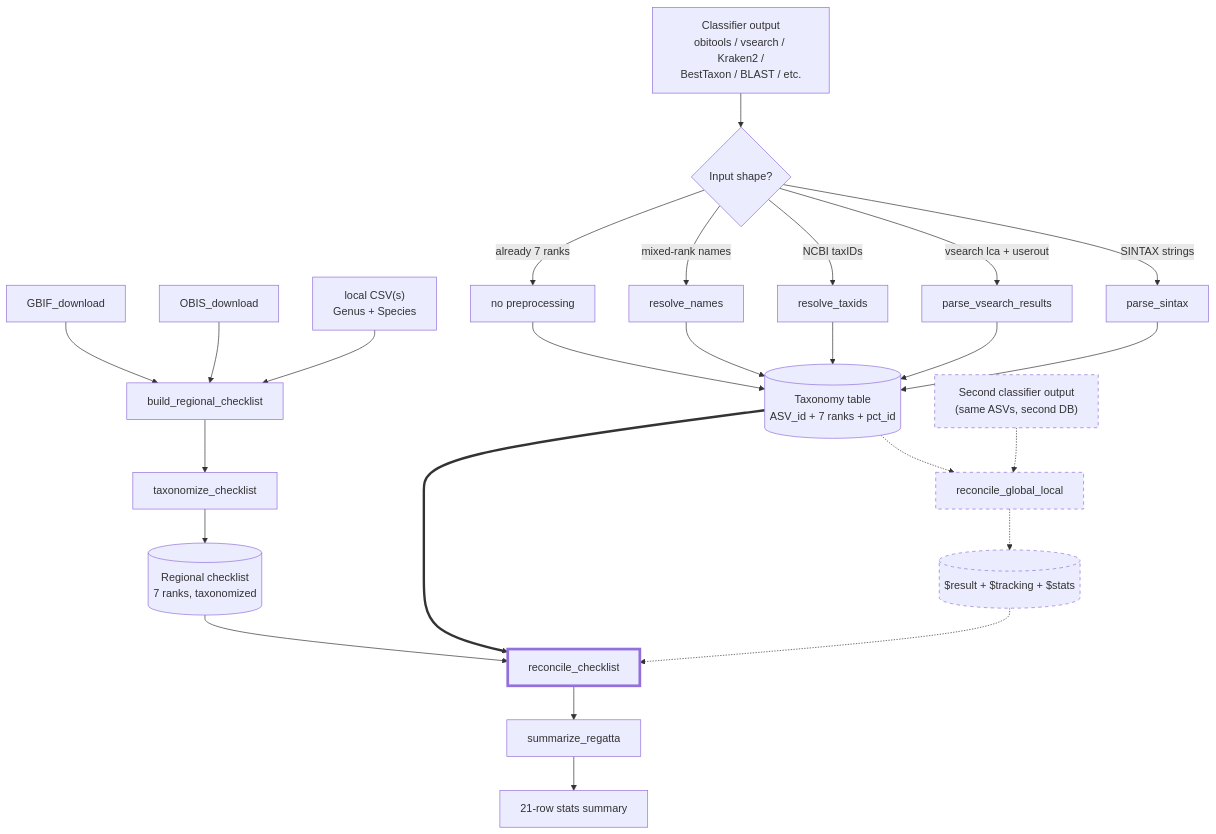
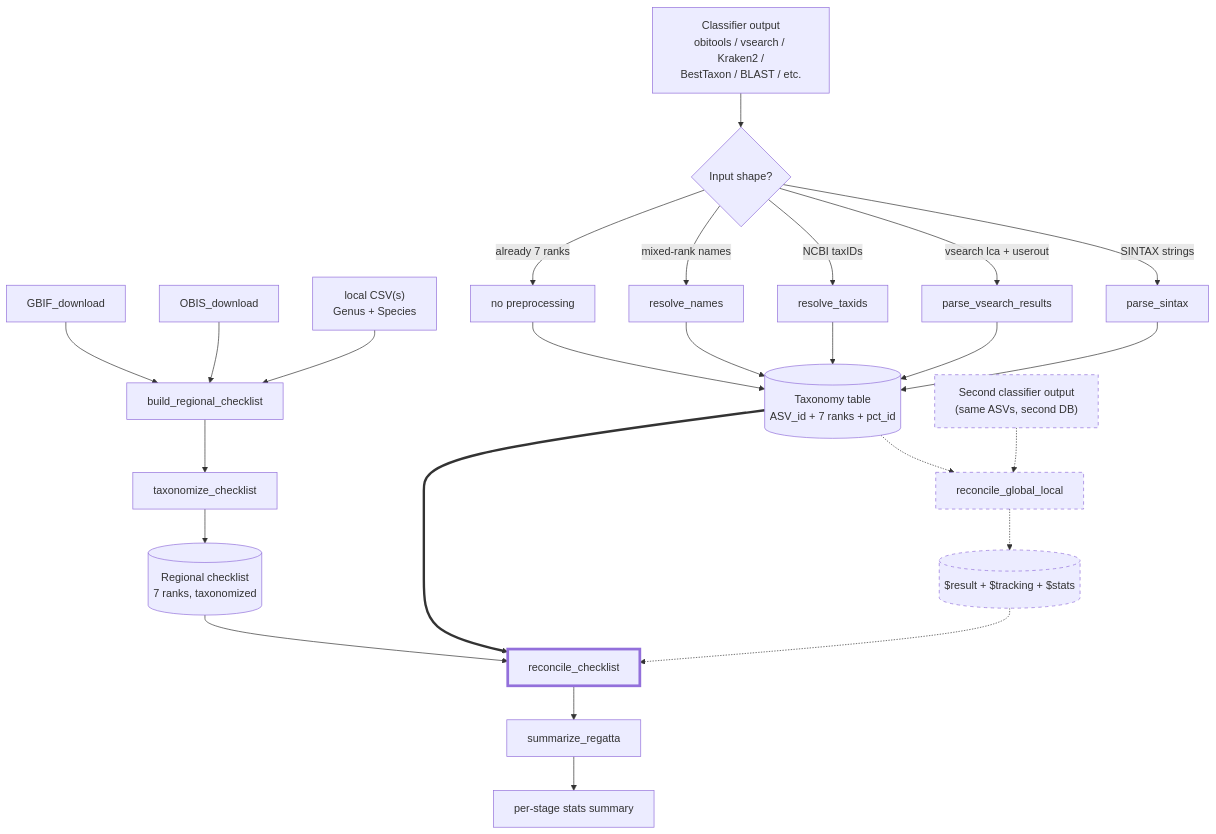
One commit to EWisely/REGATTA changed the diagram in README.md. Above: the diagram before and after it, drawn with Mermaid. The commit also changed other lines of this file and 3 other files, not shown here.

````diff
--- a/README.md
+++ b/README.md
@@ -83,35 +83,35 @@
 ```mermaid
 flowchart TD
     A[GBIF_download] --> D[build_regional_checklist]
     B[OBIS_download] --> D
     C["local CSV(s)<br/>Genus + Species"] --> D
     D --> E[taxonomize_checklist]
     E --> F[("Regional checklist<br/>7 ranks, taxonomized")]
 
     G["Classifier output<br/>obitools / vsearch / Kraken2 /<br/>BestTaxon / BLAST / etc."] --> H{Input shape?}
     H -->|SINTAX strings| I[parse_sintax]
     H -->|"vsearch lca + userout"| I2[parse_vsearch_results]
     H -->|NCBI taxIDs| J[resolve_taxids]
     H -->|mixed-rank names| N1[resolve_names]
     H -->|already 7 ranks| K[no preprocessing]
     I --> L[("Taxonomy table<br/>ASV_id + 7 ranks + pct_id")]
     I2 --> L
     J --> L
     N1 --> L
     K --> L
 
     L2["Second classifier output<br/>(same ASVs, second DB)"] -.-> Q[reconcile_global_local]
     L -.-> Q
     Q -.-> R1[("$result + $tracking + $stats")]
     R1 -.-> M
 
     F --> M[reconcile_checklist]
     L ==> M
     M --> S[summarize_regatta]
-    S --> T["21-row stats summary"]
+    S --> T["per-stage stats summary"]
 
     style L2 stroke-dasharray: 5 5
     style Q  stroke-dasharray: 5 5
     style R1 stroke-dasharray: 5 5
     style M  stroke-width:4px
 ```
````
